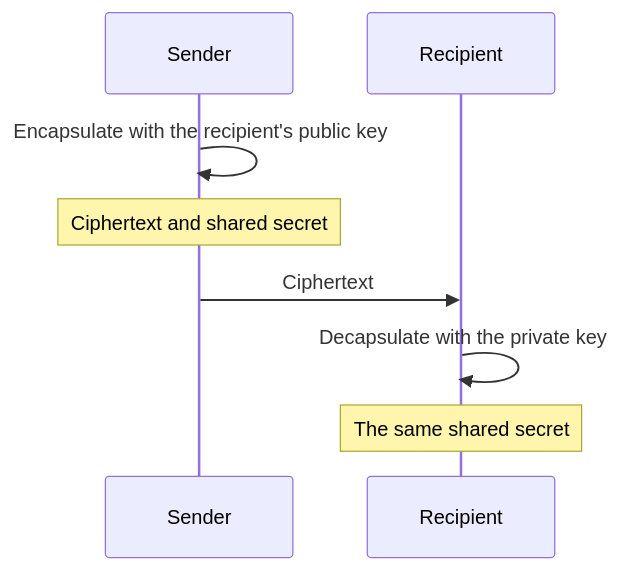
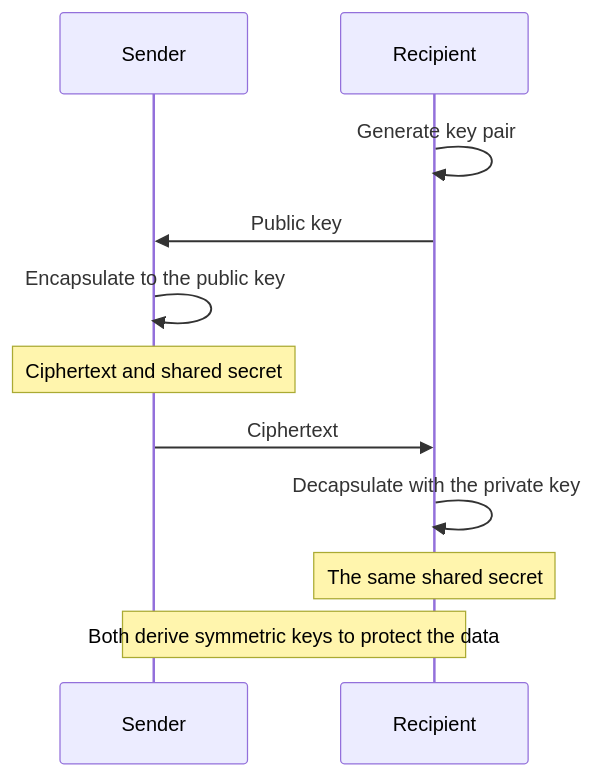
One commit to pqc-community/handbook changed the diagram in docs/learn/explainers/kem.md. Above: the diagram before and after it, drawn with Mermaid. The commit also changed other lines of this file and 10 other files, not shown here.

````diff
--- a/docs/learn/explainers/kem.md
+++ b/docs/learn/explainers/kem.md
@@ -14,10 +20,13 @@
 ```mermaid
 sequenceDiagram
     participant Sender
     participant Recipient
-    Sender->>Sender: Encapsulate with the recipient's public key
+    Recipient->>Recipient: Generate key pair
+    Recipient->>Sender: Public key
+    Sender->>Sender: Encapsulate to the public key
     Note over Sender: Ciphertext and shared secret
     Sender->>Recipient: Ciphertext
     Recipient->>Recipient: Decapsulate with the private key
     Note over Recipient: The same shared secret
+    Note over Sender,Recipient: Both derive symmetric keys to protect the data
 ```
````
